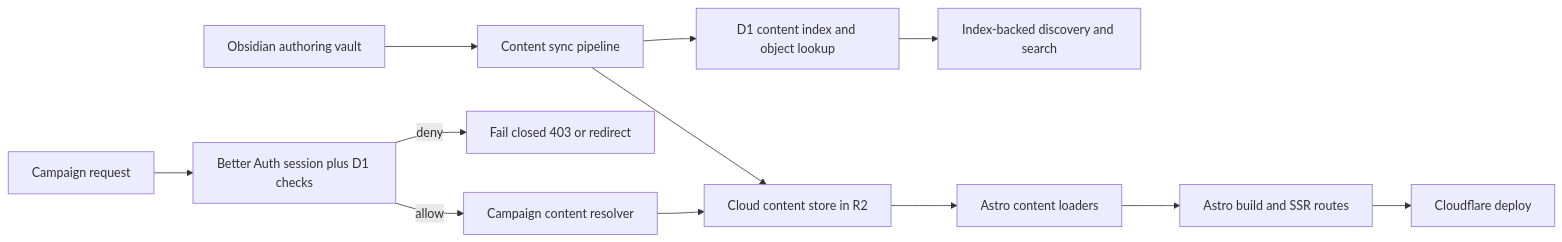
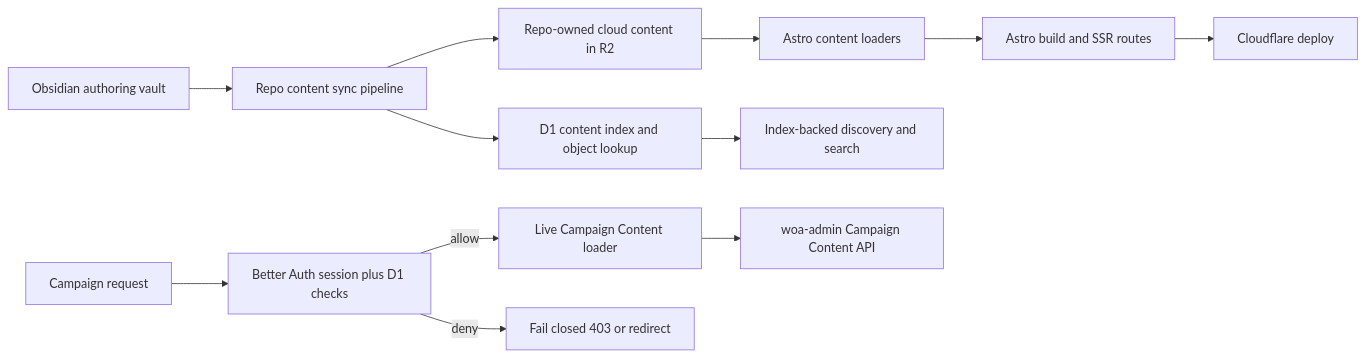
The diagram in README.md (bradarnst/worldofaletheia), drawn with Mermaid before and after one commit. The commit also changed other lines of this file and 63 other files, not shown here.

First line of the commit message:
Eradicate legacy Campaign Content and Campaign Notes paths (#34)

````diff
--- a/README.md
+++ b/README.md
@@ -53,15 +55,15 @@
 ```mermaid
 flowchart LR
-  O[Obsidian authoring vault] --> S[Content sync pipeline]
-  S --> R2[Cloud content store in R2]
+  O[Obsidian authoring vault] --> S[Repo content sync pipeline]
+  S --> R2[Repo-owned cloud content in R2]
   S --> IDX[D1 content index and object lookup]
   R2 --> A[Astro content loaders]
   A --> B[Astro build and SSR routes]
   IDX --> Q[Index-backed discovery and search]
   B --> CF[Cloudflare deploy]
 
   U[Campaign request] --> AUTH[Better Auth session plus D1 checks]
-  AUTH -->|allow| CR[Campaign content resolver]
-  CR --> R2
+  AUTH -->|allow| CR[Live Campaign Content loader]
+  CR --> ADMIN[woa-admin Campaign Content API]
   AUTH -->|deny| X[Fail closed 403 or redirect]
 ```
````
